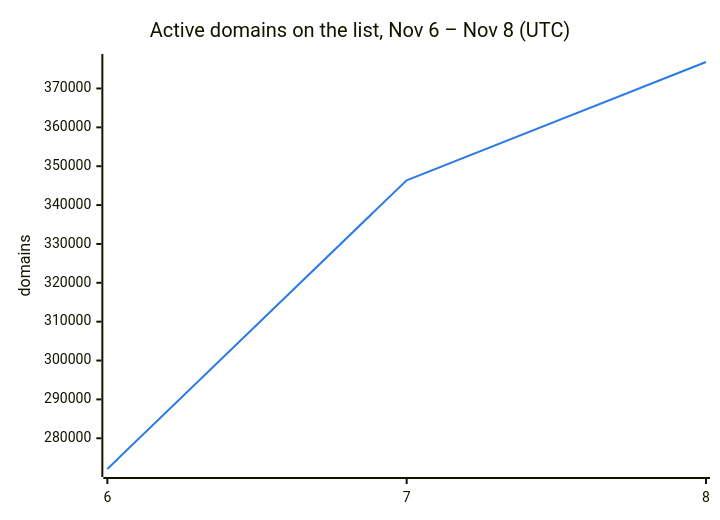
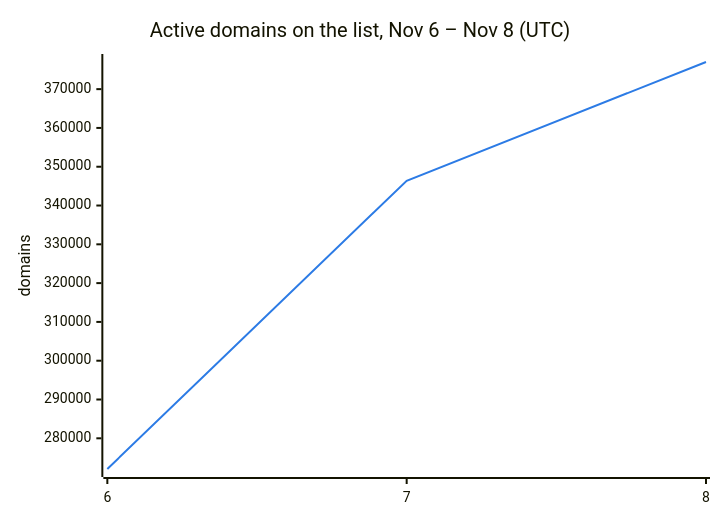
Before and after one commit to DNSBunker/CTI: the second of 3 diagrams in README.md, drawn with Mermaid. The commit also changed other lines of this file and 3 other files, not shown here.

````diff
--- a/README.md
+++ b/README.md
@@ -38,8 +38,8 @@
 ```mermaid
 %%{init: {"themeVariables": {"xyChart": {"plotColorPalette": "#2c7be5"}}}}%%
 xychart-beta
     title "Active domains on the list, Nov 6 – Nov 8 (UTC)"
     x-axis ["6", "7", "8"]
     y-axis "domains"
-    line [272088, 346388, 376815]
+    line [272088, 346388, 376994]
 ```
````
